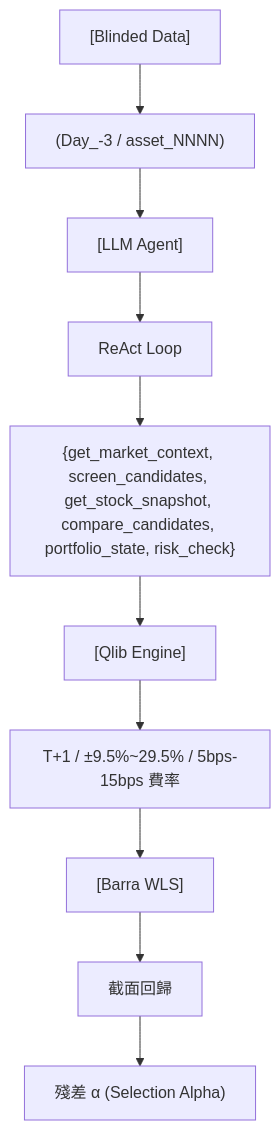
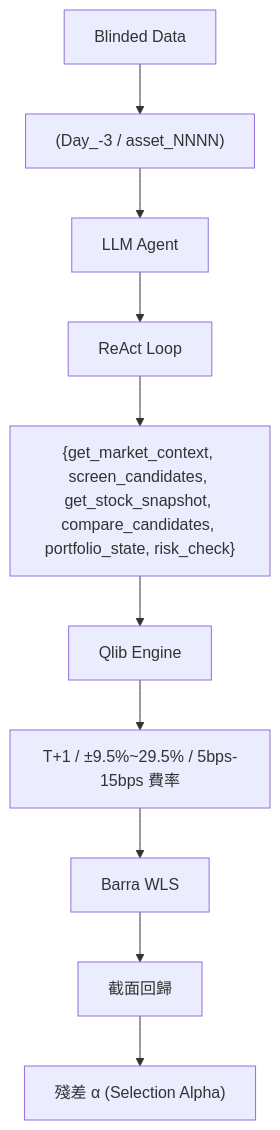
One commit to sou350121/Trading-Handbook changed the diagram in foundations/evaluation-benchmarks/ktd-fin.md. Above: the diagram before and after it, drawn with Mermaid. The commit also changed 191 other files, not shown here.

First line of the commit message:
render: fix math + mermaid for GitHub across the corpus (188 pages)

````diff
--- a/foundations/evaluation-benchmarks/ktd-fin.md
+++ b/foundations/evaluation-benchmarks/ktd-fin.md
@@ -32,12 +32,12 @@
 ```mermaid
 flowchart TD
-    A["[Blinded Data]"] --> B["(Day_-3 / asset_NNNN)"]
-    B --> C["[LLM Agent]"]
+    A["Blinded Data"] --> B["(Day_-3 / asset_NNNN)"]
+    B --> C["LLM Agent"]
     C --> D["ReAct Loop"]
     D --> E["{get_market_context, screen_candidates, get_stock_snapshot, compare_candidates, portfolio_state, risk_check}"]
-    E --> F["[Qlib Engine]"]
+    E --> F["Qlib Engine"]
     F --> G["T+1 / ±9.5%~29.5% / 5bps-15bps 費率"]
-    G --> H["[Barra WLS]"]
+    G --> H["Barra WLS"]
     H --> I["截面回歸"]
     I --> J["殘差 α (Selection Alpha)"]
 ```
````
